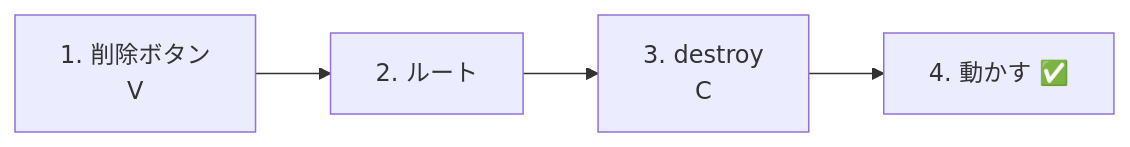
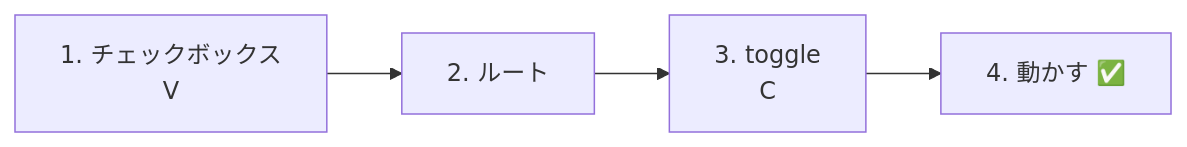
One commit to hakobunet/iica-koyama changed the third of 5 diagrams in docs/1年生_データ設計とアプリ開発/後期/20261029/20261029_資料_2.md. Above: the diagram before and after it, drawn with Mermaid. The commit also changed other lines of this file and 5 other files, not shown here.

````diff
--- a/docs/1年生_データ設計とアプリ開発/後期/20261029/20261029_資料_2.md
+++ b/docs/1年生_データ設計とアプリ開発/後期/20261029/20261029_資料_2.md
@@ -47,4 +149,4 @@
 ```mermaid
 graph LR
-    A[1. 削除ボタン<br>V] --> B[2. ルート] --> C[3. destroy<br>C] --> D[4. 動かす ✅]
+    A[1. チェックボックス<br>V] --> B[2. ルート] --> C[3. toggle<br>C] --> D[4. 動かす ✅]
 ```
````
